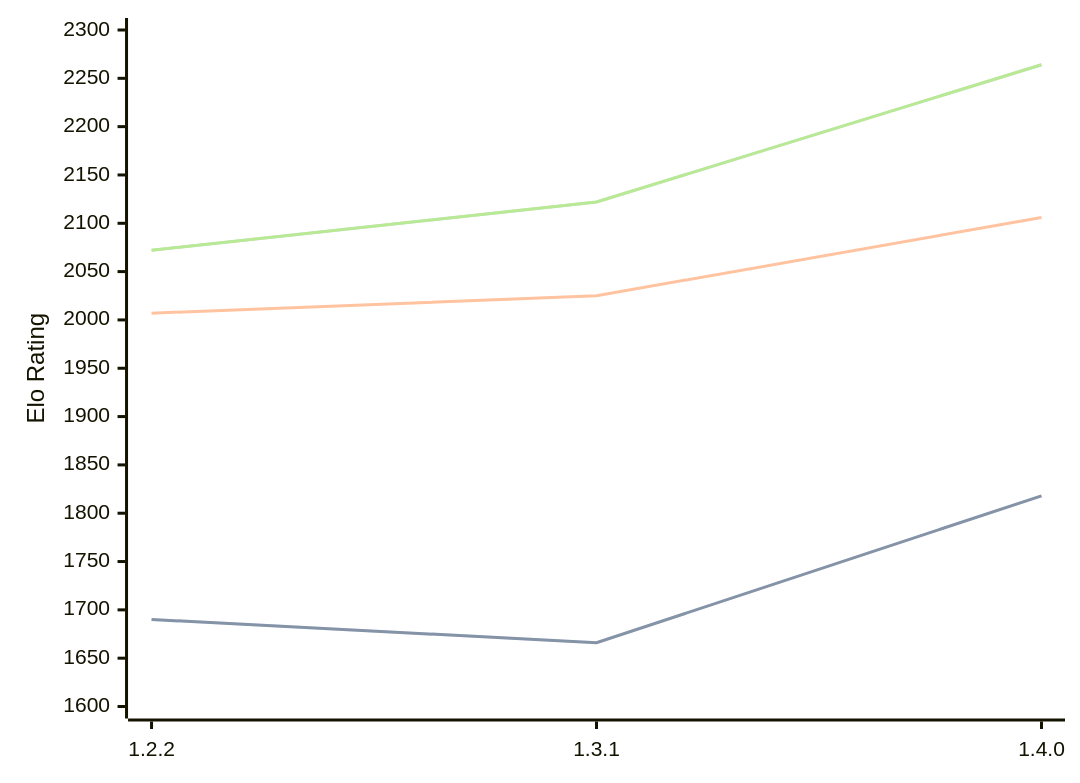
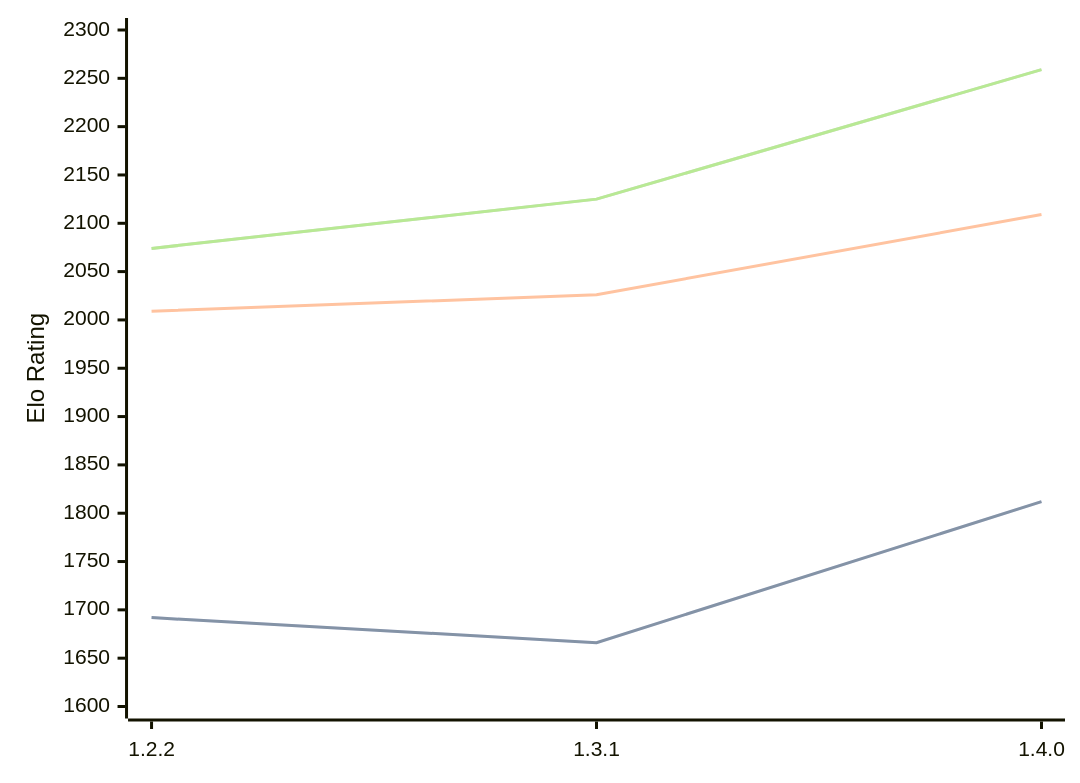
One commit to computer-chess-index/cci changed the diagram in engines/SoloEngine.md. Above: the diagram before and after it, drawn with Mermaid. The commit also changed other lines of this file, not shown here.

Commit message:
Update CCI Ratings (ELO VLTC) - 2026-02-21

````diff
--- a/engines/SoloEngine.md
+++ b/engines/SoloEngine.md
@@ -30,11 +30,11 @@
 ```mermaid
 %%{init: {"theme":"base","themeVariables":{"seriesColors:['#a3a3a3','#222221','#faa371']}}}%%
 xychart-beta
   x-axis ["1.2.2", "1.3.1", "1.4.0"]
   y-axis "Elo Rating" 1600 --> 2300
-  line "STC (8.0+0.08s)" [1690, 1666, 1818]
-  line "STC (8.0+0.08s)" [1690, 1666, 1818]
-  line "LTC (60.0+0.60s)" [2007, 2025, 2106]
-  line "VLTC (2m24s+1.12s)" [2072, 2122, 2264]
-  line "VLTC (2m24s+1.12s)" [2072, 2122, 2264]
+  line "STC (8.0+0.08s)" [1692, 1666, 1812]
+  line "STC (8.0+0.08s)" [1692, 1666, 1812]
+  line "LTC (60.0+0.60s)" [2009, 2026, 2109]
+  line "VLTC (2m24s+1.12s)" [2074, 2125, 2259]
+  line "VLTC (2m24s+1.12s)" [2074, 2125, 2259]
 ```
````
